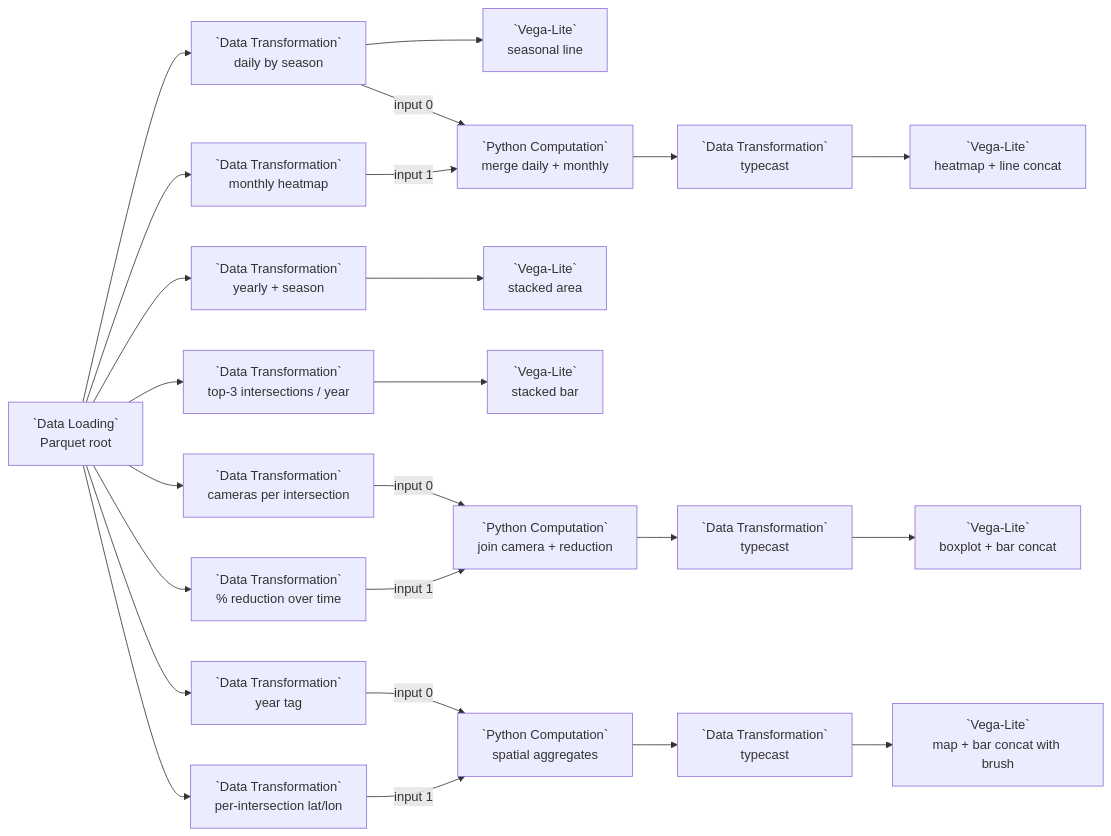
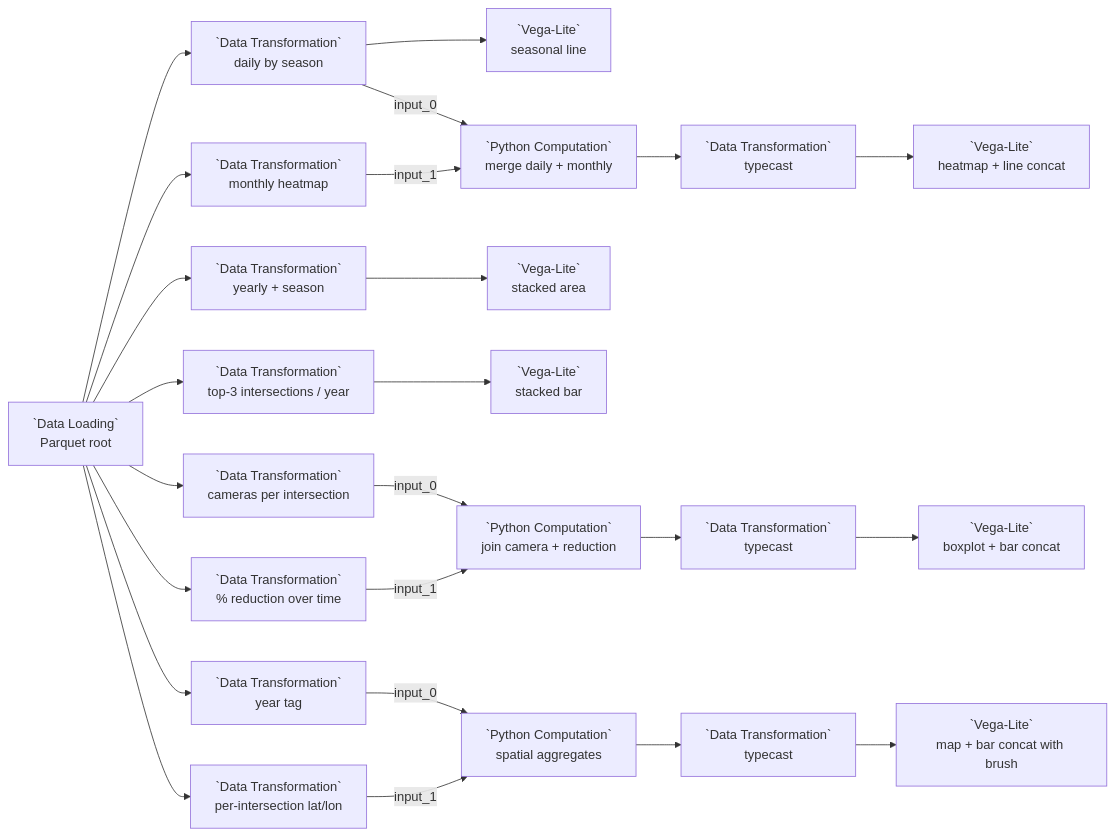
One commit to urban-toolkit/curio changed the diagram in docs/examples/04-vega-lite-multi-flow-dashboard.md. Above: the diagram before and after it, drawn with Mermaid. The commit also changed 146 other files, not shown here.

````diff
--- a/docs/examples/04-vega-lite-multi-flow-dashboard.md
+++ b/docs/examples/04-vega-lite-multi-flow-dashboard.md
@@ -9,24 +9,24 @@
 ```mermaid
 flowchart LR
   L[`Data Loading`<br/>Parquet root]
 
   L --> A[`Data Transformation`<br/>daily by season] --> AV[`Vega-Lite`<br/>seasonal line]
 
   L --> B1[`Data Transformation`<br/>monthly heatmap]
-  A -->|input 0| BC[`Python Computation`<br/>merge daily + monthly]
-  B1 -->|input 1| BC --> BT[`Data Transformation`<br/>typecast] --> BV[`Vega-Lite`<br/>heatmap + line concat]
+  A -->|input_0| BC[`Python Computation`<br/>merge daily + monthly]
+  B1 -->|input_1| BC --> BT[`Data Transformation`<br/>typecast] --> BV[`Vega-Lite`<br/>heatmap + line concat]
 
   L --> C[`Data Transformation`<br/>yearly + season] --> CV[`Vega-Lite`<br/>stacked area]
 
   L --> D[`Data Transformation`<br/>top-3 intersections / year] --> DV[`Vega-Lite`<br/>stacked bar]
 
   L --> E1[`Data Transformation`<br/>cameras per intersection]
   L --> E2[`Data Transformation`<br/>% reduction over time]
-  E1 -->|input 0| EC[`Python Computation`<br/>join camera + reduction]
-  E2 -->|input 1| EC --> ET[`Data Transformation`<br/>typecast] --> EV[`Vega-Lite`<br/>boxplot + bar concat]
+  E1 -->|input_0| EC[`Python Computation`<br/>join camera + reduction]
+  E2 -->|input_1| EC --> ET[`Data Transformation`<br/>typecast] --> EV[`Vega-Lite`<br/>boxplot + bar concat]
 
   L --> F1[`Data Transformation`<br/>year tag]
   L --> F2[`Data Transformation`<br/>per-intersection lat/lon]
-  F1 -->|input 0| FC[`Python Computation`<br/>spatial aggregates]
-  F2 -->|input 1| FC --> FT[`Data Transformation`<br/>typecast] --> FV[`Vega-Lite`<br/>map + bar concat with brush]
+  F1 -->|input_0| FC[`Python Computation`<br/>spatial aggregates]
+  F2 -->|input_1| FC --> FT[`Data Transformation`<br/>typecast] --> FV[`Vega-Lite`<br/>map + bar concat with brush]
 ```
````
